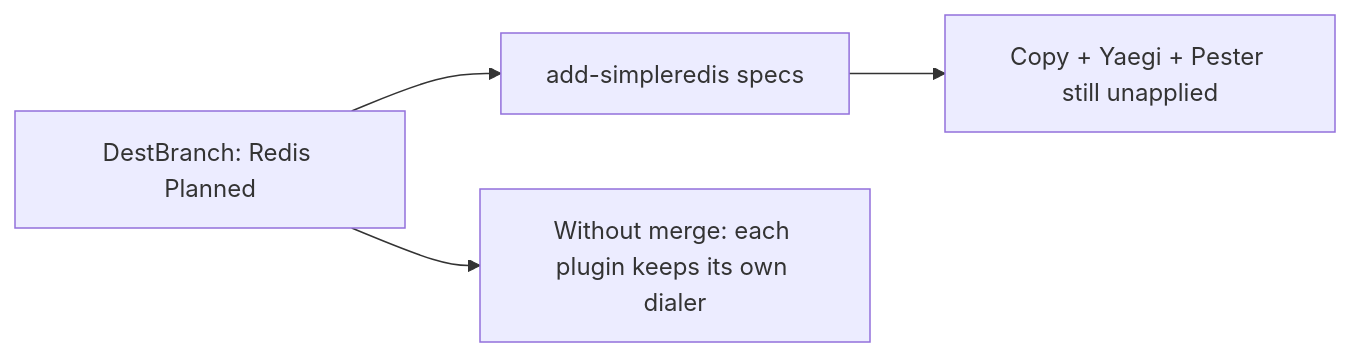
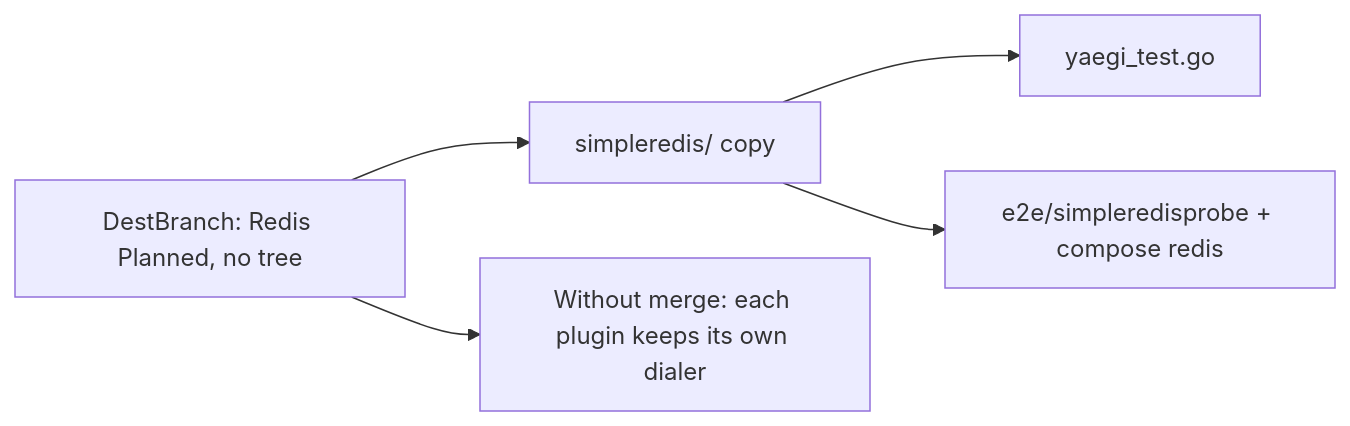
One commit to david-garcia-garcia/traefik-middleware-utilities changed the diagram in devstate/2026/09/2026-09-11-simpleredis/card.md. Above: the diagram before and after it, drawn with Mermaid. The commit also changed other lines of this file and 2 other files, not shown here.

````diff
--- a/devstate/2026/09/2026-09-11-simpleredis/card.md
+++ b/devstate/2026/09/2026-09-11-simpleredis/card.md
@@ -17,6 +17,7 @@
 ```mermaid
 flowchart LR
-  dest["DestBranch: Redis Planned"] --> spec["add-simpleredis specs"]
-  spec --> apply["Copy + Yaegi + Pester still unapplied"]
+  dest["DestBranch: Redis Planned, no tree"] --> copy["simpleredis/ copy"]
+  copy --> yaegi["yaegi_test.go"]
+  copy --> probe["e2e/simpleredisprobe + compose redis"]
   dest --> miss["Without merge: each plugin keeps its own dialer"]
 ```
````
